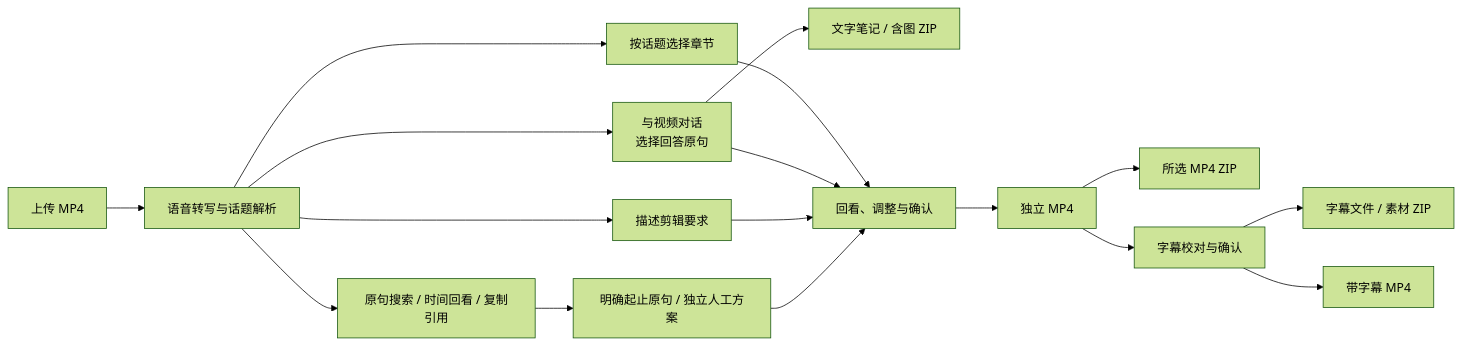
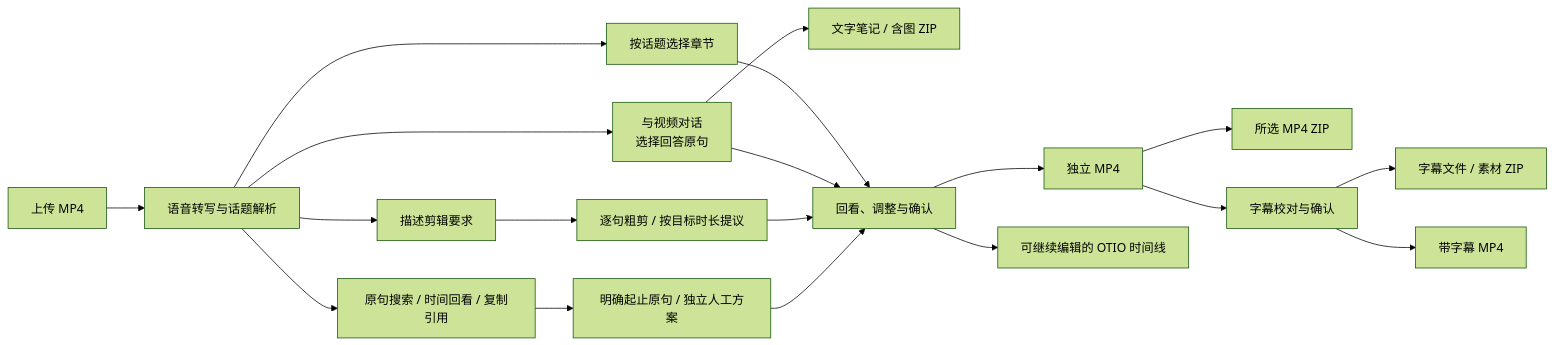
Before and after one commit to Lshiii/LiveCut-AI: the first of 2 diagrams in README.md, drawn with Mermaid (forest theme). The commit also changed other lines of this file and 18 other files, not shown here.

````diff
--- a/README.md
+++ b/README.md
@@ -35,19 +37,21 @@
 ```mermaid
 flowchart LR
     A[上传 MP4] --> B[语音转写与话题解析]
     B --> C[按话题选择章节]
     B --> S[原句搜索 / 时间回看 / 复制引用]
     S --> M[明确起止原句 / 独立人工方案]
     B --> D["与视频对话<br/>选择回答原句"]
     D --> N[文字笔记 / 含图 ZIP]
     B --> E[描述剪辑要求]
     C --> F[回看、调整与确认]
     D --> F
-    E --> F
+    E --> P[逐句粗剪 / 按目标时长提议]
+    P --> F
     M --> F
     F --> G[独立 MP4]
+    F --> T[可继续编辑的 OTIO 时间线]
     G --> K[所选 MP4 ZIP]
     G --> H[字幕校对与确认]
     H --> I[字幕文件 / 素材 ZIP]
     H --> J[带字幕 MP4]
 ```
````
